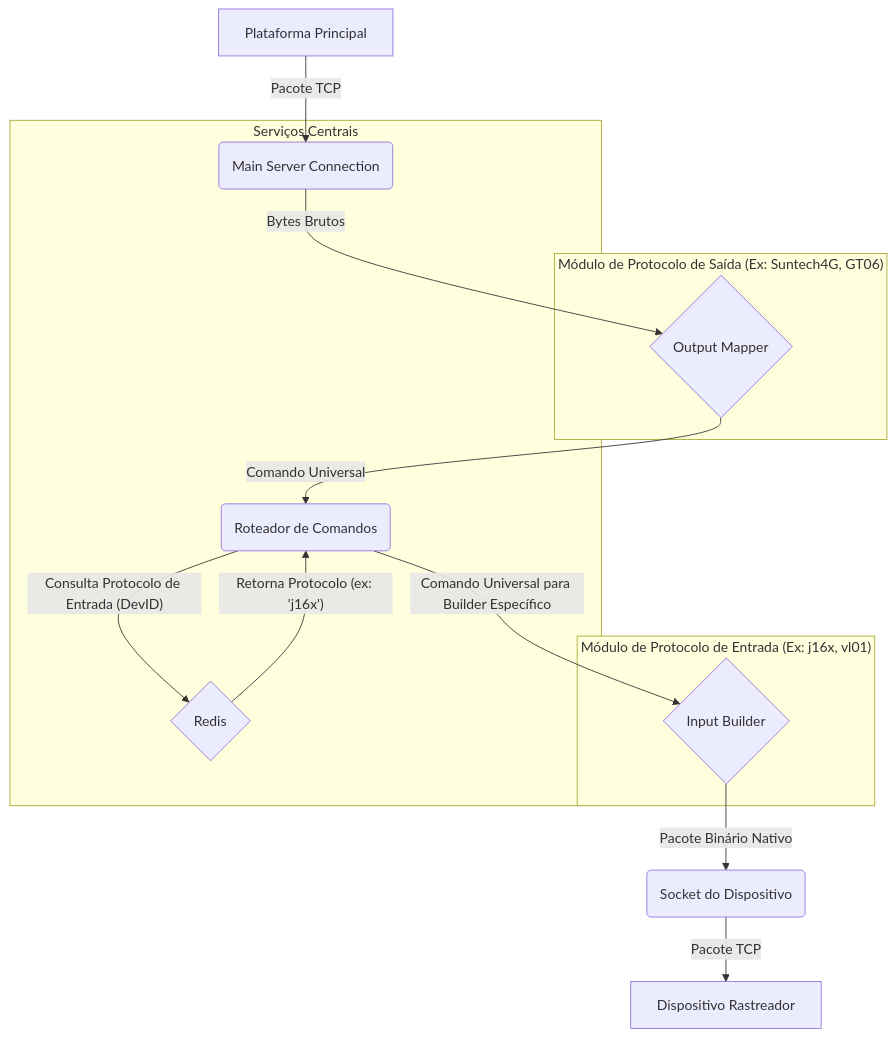
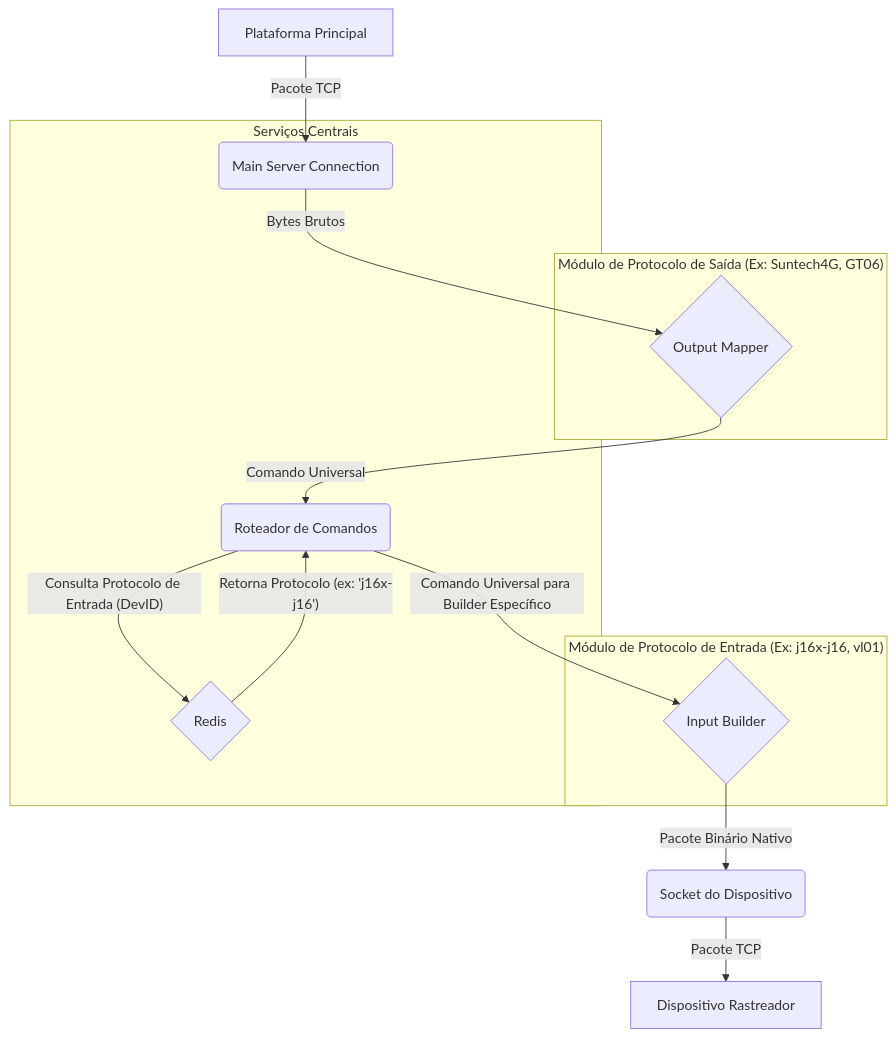
One commit to ju-sants/communication-protocol-translator changed the second of 2 diagrams in README.md. Above: the diagram before and after it, drawn with Mermaid. The commit also changed other lines of this file and 2 other files, not shown here.

````diff
--- a/README.md
+++ b/README.md
@@ -80,25 +80,25 @@
 ```mermaid
 graph TD
     A[Plataforma Principal] -- Pacote TCP --> B(Main Server Connection);
     B -- Bytes Brutos --> C{Output Mapper};
     C -- Comando Universal --> D(Roteador de Comandos);
     D -- Consulta Protocolo de Entrada (DevID) --> E{Redis};
-    E -- Retorna Protocolo (ex: 'j16x') --> D;
+    E -- Retorna Protocolo (ex: 'j16x-j16') --> D;
     D -- Comando Universal para Builder Específico --> F{Input Builder};
     F -- Pacote Binário Nativo --> G(Socket do Dispositivo);
     G -- Pacote TCP --> H[Dispositivo Rastreador];
 
     subgraph "Módulo de Protocolo de Saída (Ex: Suntech4G, GT06)"
         C
     end
 
-    subgraph "Módulo de Protocolo de Entrada (Ex: j16x, vl01)"
+    subgraph "Módulo de Protocolo de Entrada (Ex: j16x-j16, vl01)"
         F
     end
 
     subgraph "Serviços Centrais"
         B
         D
         E
     end
 ```
````
